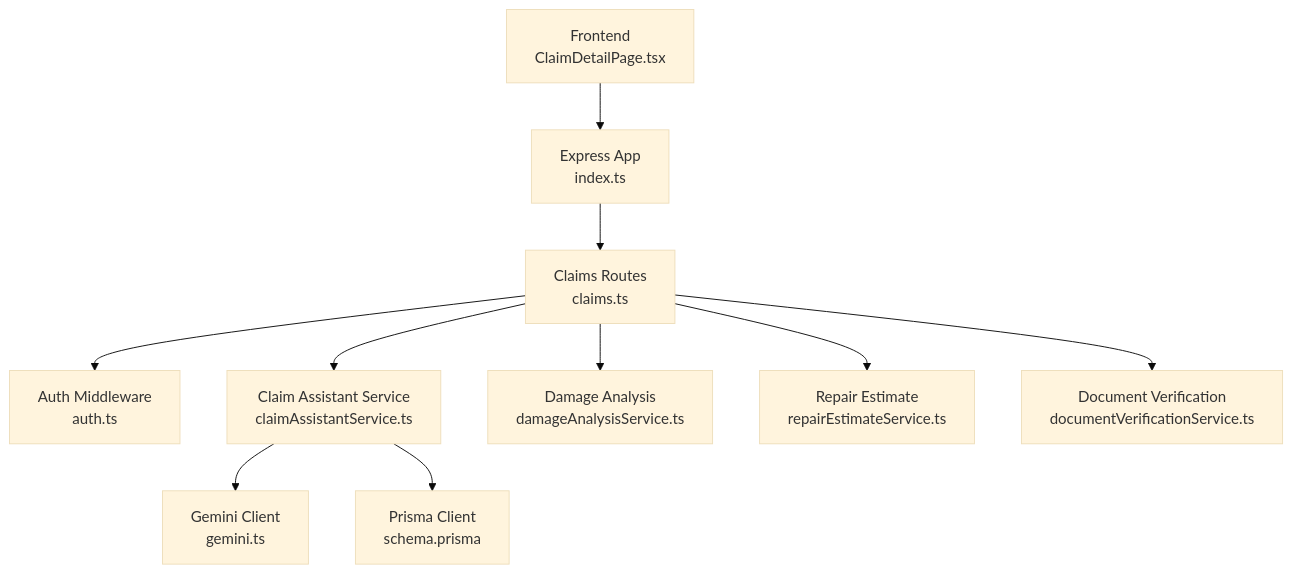
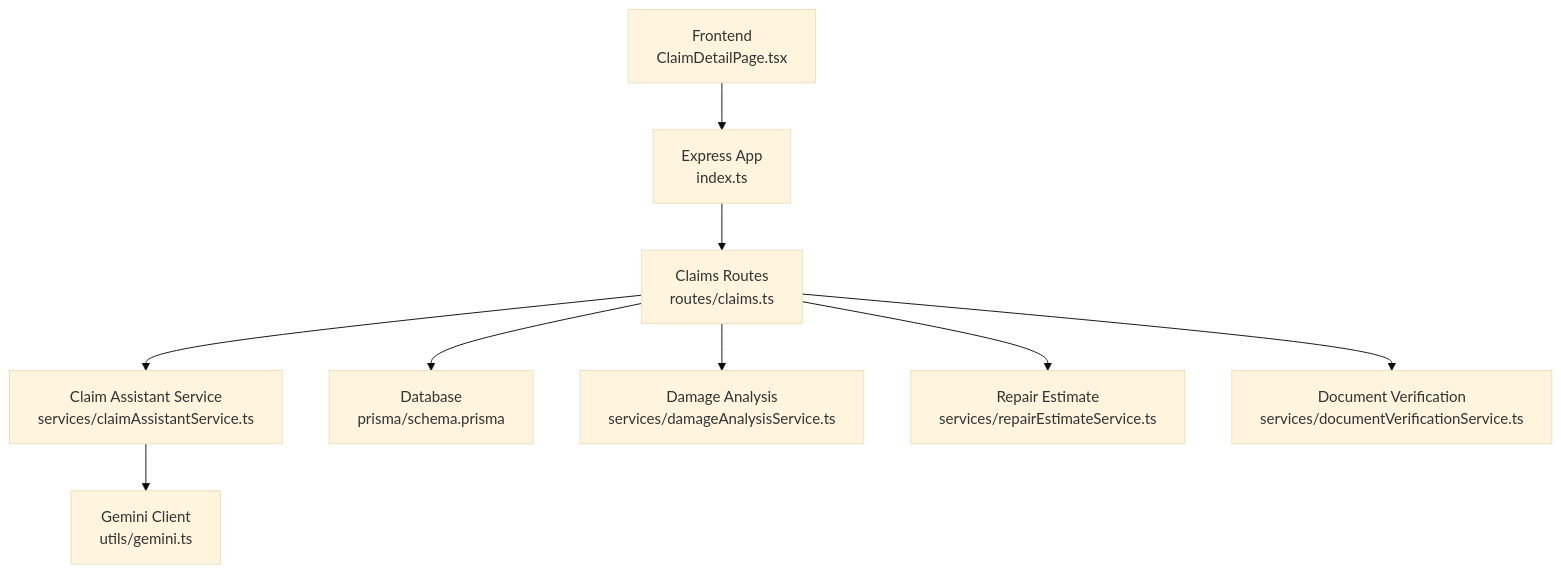
The first of 8 diagrams in .qoder/repowiki/en/content/AI Services Integration/Claim Assistant Chat Service.md (NaveenHiranya/Smart-Vehicle-Insurance-Claim-System), drawn with Mermaid (base theme) before and after one commit. The commit also changed other lines of this file and 183 other files, not shown here.

````diff
--- a/.qoder/repowiki/en/content/AI Services Integration/Claim Assistant Chat Service.md
+++ b/.qoder/repowiki/en/content/AI Services Integration/Claim Assistant Chat Service.md
@@ -37,12 +35,11 @@
 ```mermaid
 graph TB
 FE["Frontend<br/>ClaimDetailPage.tsx"] --> API["Express App<br/>index.ts"]
-API --> ClaimsRoutes["Claims Routes<br/>claims.ts"]
-ClaimsRoutes --> AuthMW["Auth Middleware<br/>auth.ts"]
-ClaimsRoutes --> CAS["Claim Assistant Service<br/>claimAssistantService.ts"]
-CAS --> Gemini["Gemini Client<br/>gemini.ts"]
-CAS --> DB["Prisma Client<br/>schema.prisma"]
-ClaimsRoutes --> DAS["Damage Analysis<br/>damageAnalysisService.ts"]
-ClaimsRoutes --> RES["Repair Estimate<br/>repairEstimateService.ts"]
-ClaimsRoutes --> DVS["Document Verification<br/>documentVerificationService.ts"]
+API --> ClaimsRoutes["Claims Routes<br/>routes/claims.ts"]
+ClaimsRoutes --> AssistantSvc["Claim Assistant Service<br/>services/claimAssistantService.ts"]
+AssistantSvc --> Gemini["Gemini Client<br/>utils/gemini.ts"]
+ClaimsRoutes --> DB["Database<br/>prisma/schema.prisma"]
+ClaimsRoutes --> DamageSvc["Damage Analysis<br/>services/damageAnalysisService.ts"]
+ClaimsRoutes --> RepairSvc["Repair Estimate<br/>services/repairEstimateService.ts"]
+ClaimsRoutes --> DocSvc["Document Verification<br/>services/documentVerificationService.ts"]
 ```
````
